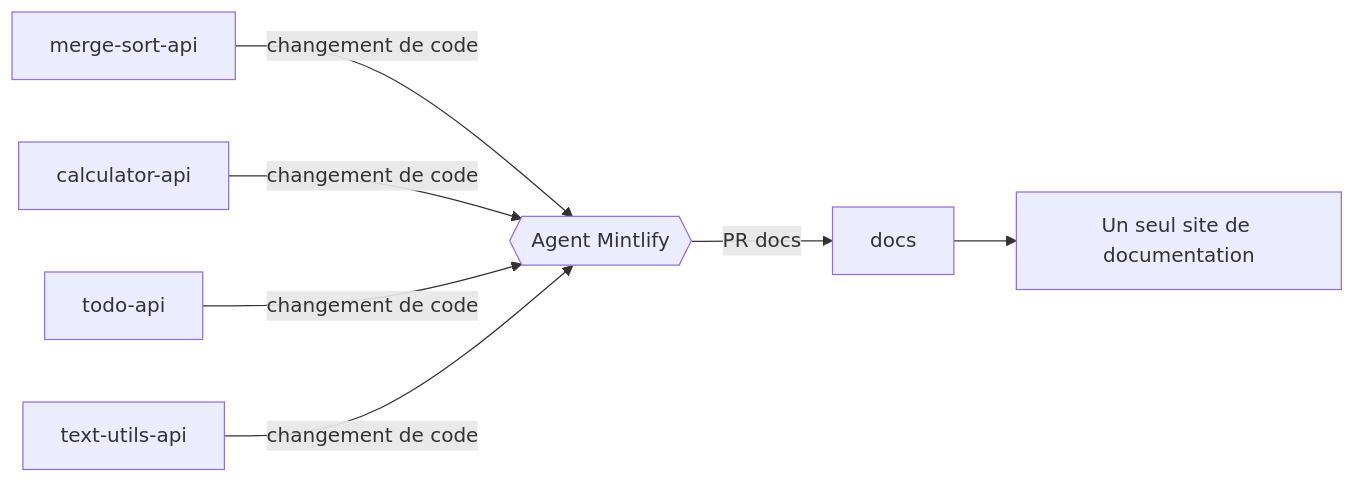
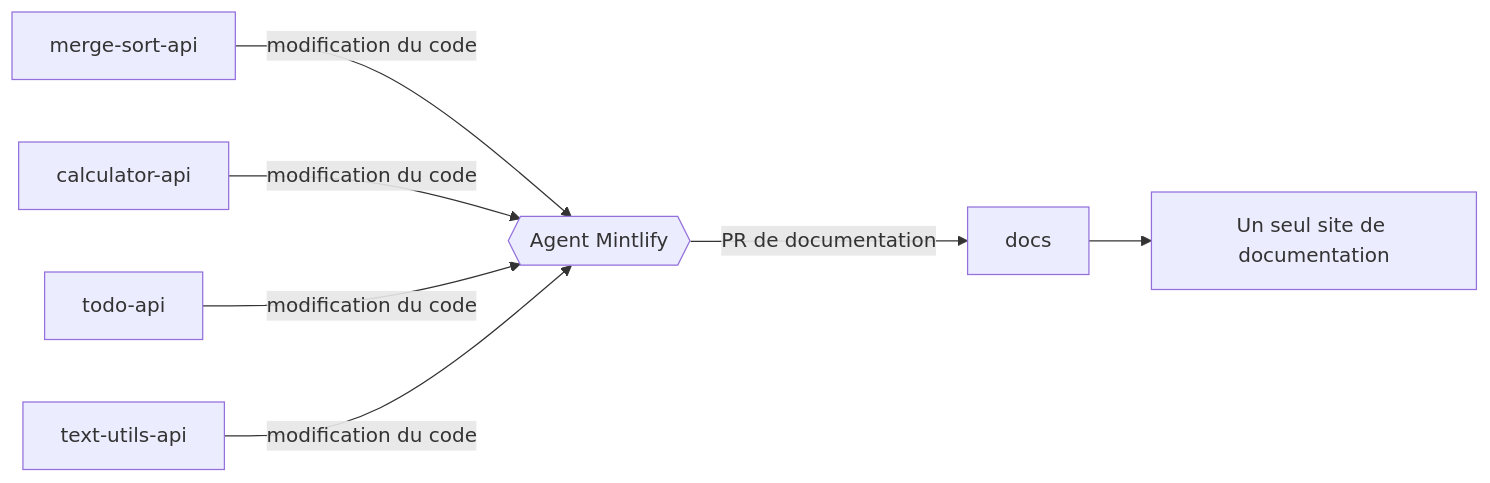
The diagram in fr/quickstart.mdx (mintlify-demo/docs), drawn with Mermaid before and after one commit. The commit also changed other lines of this file and 76 other files, not shown here.

````diff
--- a/fr/quickstart.mdx
+++ b/fr/quickstart.mdx
@@ -108,9 +114,9 @@
 ```mermaid
 flowchart LR
-    A[merge-sort-api] -- changement de code --> M{{Agent Mintlify}}
-    B[calculator-api] -- changement de code --> M
-    C[todo-api] -- changement de code --> M
-    D[text-utils-api] -- changement de code --> M
-    M -- PR docs --> E[docs]
+    A[merge-sort-api] -- modification du code --> M{{Agent Mintlify}}
+    B[calculator-api] -- modification du code --> M
+    C[todo-api] -- modification du code --> M
+    D[text-utils-api] -- modification du code --> M
+    M -- PR de documentation --> E[docs]
     E --> S[Un seul site de documentation]
 ```
````
